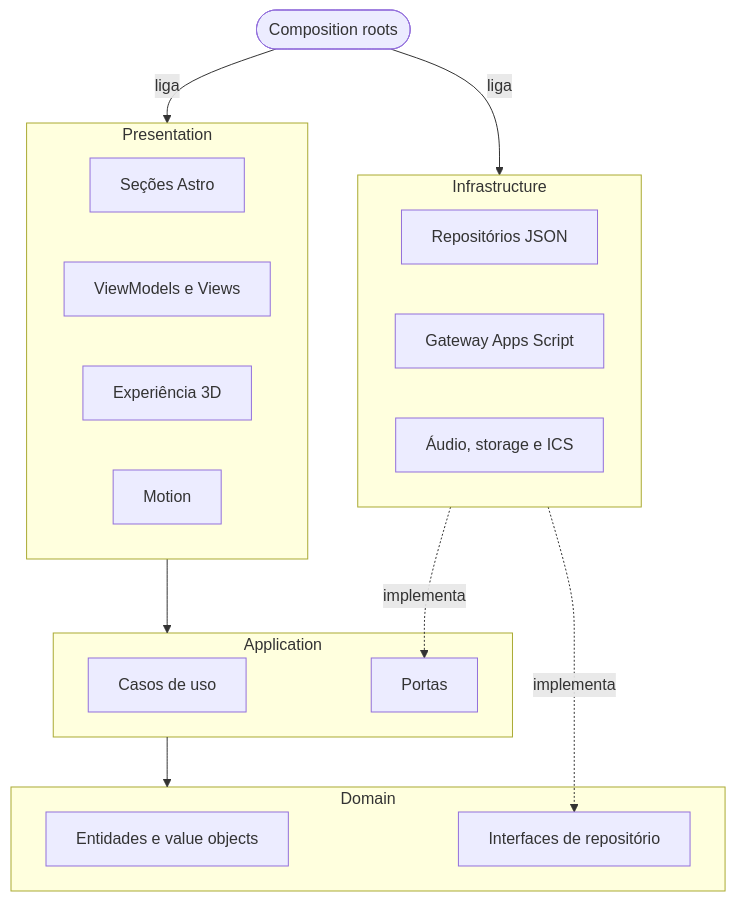
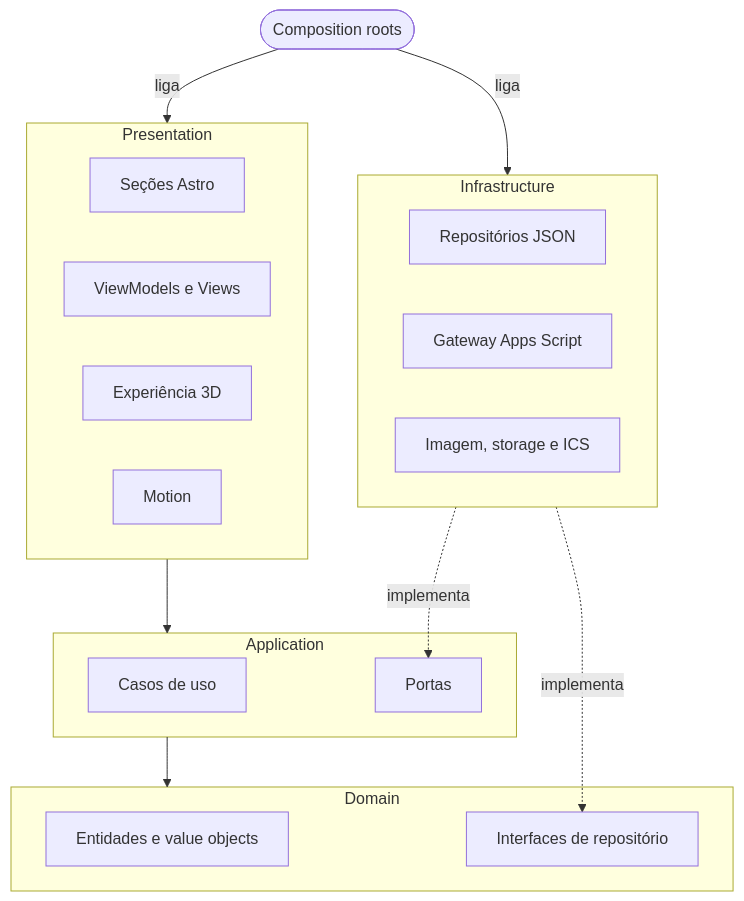
The first of 2 diagrams in README.md (Marcos-Codfy/lp-hackarun), drawn with Mermaid before and after one commit. The commit also changed other lines of this file and 11 other files, not shown here.

````diff
--- a/README.md
+++ b/README.md
@@ -244,30 +262,30 @@
 ```mermaid
 flowchart TB
   subgraph PRES["Presentation"]
     SEC["Seções Astro"]
     MVVM["ViewModels e Views"]
     XP["Experiência 3D"]
     MOT["Motion"]
   end
   subgraph APP["Application"]
     UC["Casos de uso"]
     PORTS["Portas"]
   end
   subgraph DOM["Domain"]
     ENT["Entidades e value objects"]
     REPO["Interfaces de repositório"]
   end
   subgraph INFRA["Infrastructure"]
     JSON["Repositórios JSON"]
     GAS["Gateway Apps Script"]
-    ADP["Áudio, storage e ICS"]
+    ADP["Imagem, storage e ICS"]
   end
   COMP(["Composition roots"])
 
   COMP -- liga --> PRES
   COMP -- liga --> INFRA
   PRES --> APP
   APP --> DOM
   INFRA -. implementa .-> PORTS
   INFRA -. implementa .-> REPO
 ```
````
